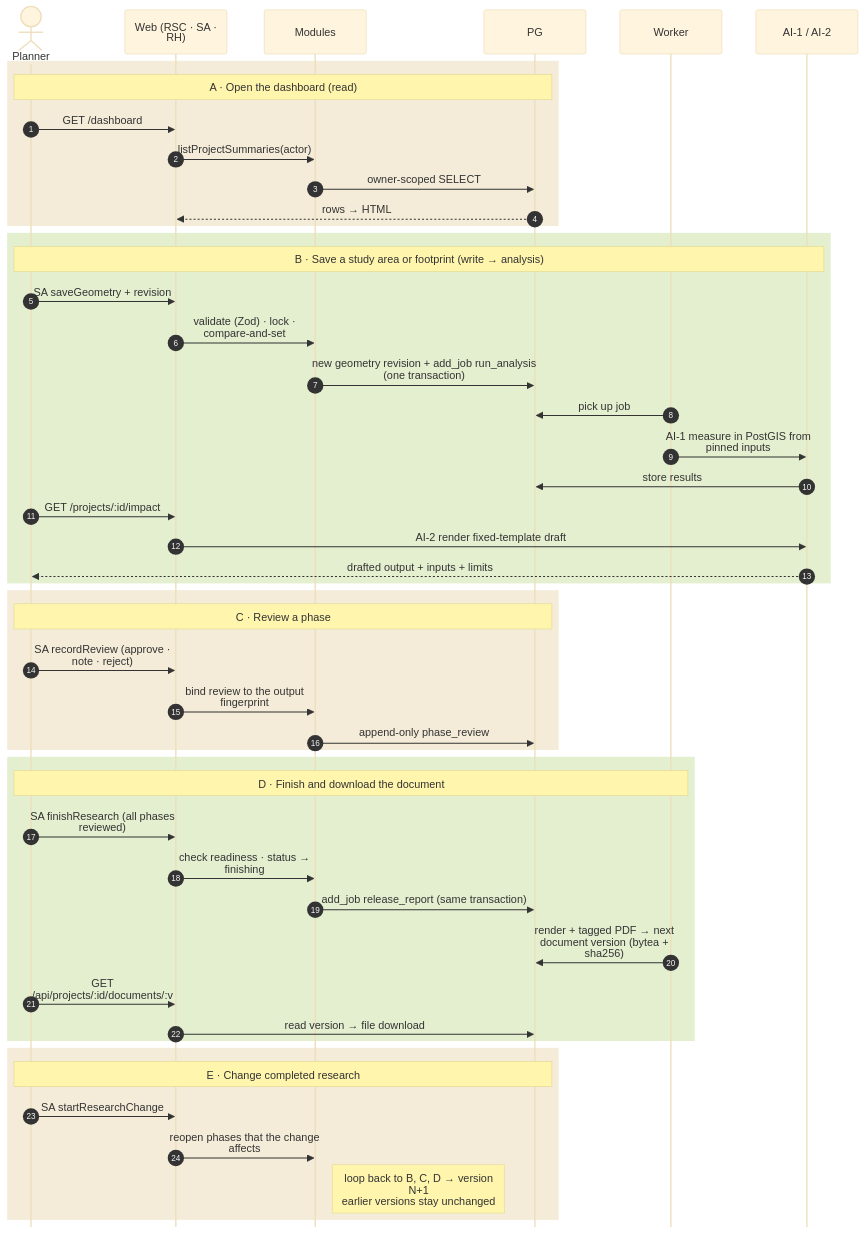
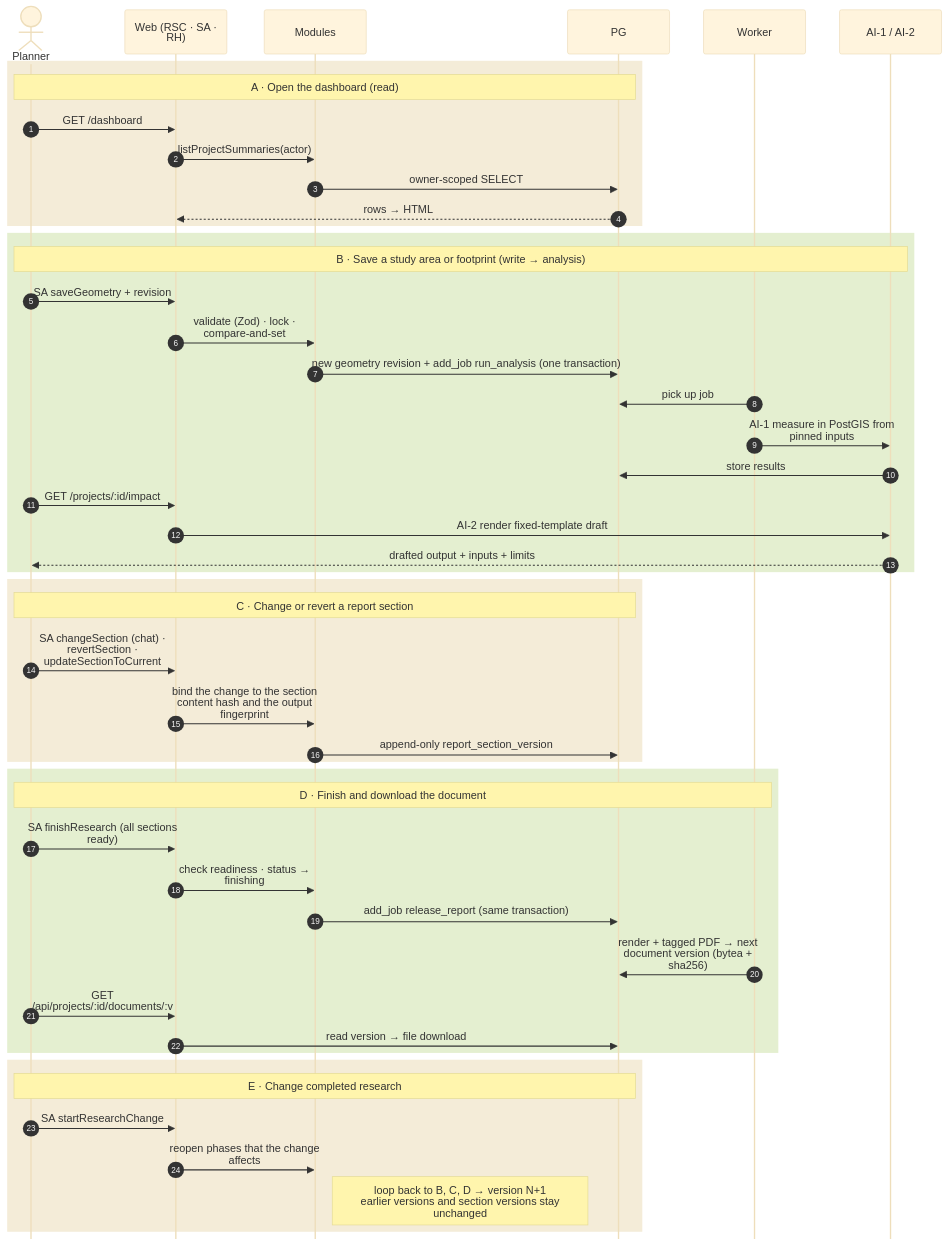
Before and after one commit to Aru27-byte/UPlan: the second of 2 diagrams in TechDesign/architecture-diagram.md, drawn with Mermaid (base theme). The commit also changed other lines of this file and 159 other files, not shown here.

````diff
--- a/TechDesign/architecture-diagram.md
+++ b/TechDesign/architecture-diagram.md
@@ -121,56 +121,56 @@
 ```mermaid
 %%{init: {"sequence": {"mirrorActors": false, "wrap": true}}}%%
 sequenceDiagram
   autonumber
   actor U as Planner
   participant W as Web (RSC · SA · RH)
   participant M as Modules
   participant DB as PG
   participant Q as Worker
   participant AI as AI-1 / AI-2
 
   rect rgb(244, 236, 216)
   Note over U,DB: A · Open the dashboard (read)
   U->>W: GET /dashboard
   W->>M: listProjectSummaries(actor)
   M->>DB: owner-scoped SELECT
   DB-->>W: rows → HTML
   end
 
   rect rgb(228, 239, 208)
   Note over U,AI: B · Save a study area or footprint (write → analysis)
   U->>W: SA saveGeometry + revision
   W->>M: validate (Zod) · lock · compare-and-set
   M->>DB: new geometry revision + add_job run_analysis (one transaction)
   Q->>DB: pick up job
   Q->>AI: AI-1 measure in PostGIS from pinned inputs
   AI->>DB: store results
   U->>W: GET /projects/:id/impact
   W->>AI: AI-2 render fixed-template draft
   AI-->>U: drafted output + inputs + limits
   end
 
   rect rgb(244, 236, 216)
-  Note over U,DB: C · Review a phase
-  U->>W: SA recordReview (approve · note · reject)
-  W->>M: bind review to the output fingerprint
-  M->>DB: append-only phase_review
+  Note over U,DB: C · Change or revert a report section
+  U->>W: SA changeSection (chat) · revertSection · updateSectionToCurrent
+  W->>M: bind the change to the section content hash and the output fingerprint
+  M->>DB: append-only report_section_version
   end
 
   rect rgb(228, 239, 208)
   Note over U,Q: D · Finish and download the document
-  U->>W: SA finishResearch (all phases reviewed)
+  U->>W: SA finishResearch (all sections ready)
   W->>M: check readiness · status → finishing
   M->>DB: add_job release_report (same transaction)
   Q->>DB: render + tagged PDF → next document version (bytea + sha256)
   U->>W: GET /api/projects/:id/documents/:v
   W->>DB: read version → file download
   end
 
   rect rgb(244, 236, 216)
   Note over U,DB: E · Change completed research
   U->>W: SA startResearchChange
   W->>M: reopen phases that the change affects
-  Note right of M: loop back to B, C, D → version N+1<br/>earlier versions stay unchanged
+  Note right of M: loop back to B, C, D → version N+1<br/>earlier versions and section versions stay unchanged
   end
 ```
````
